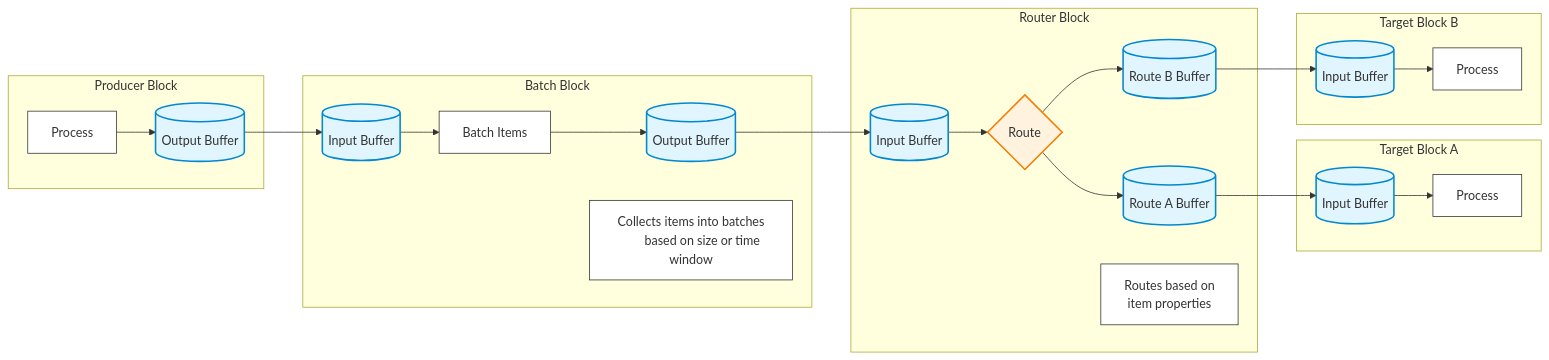
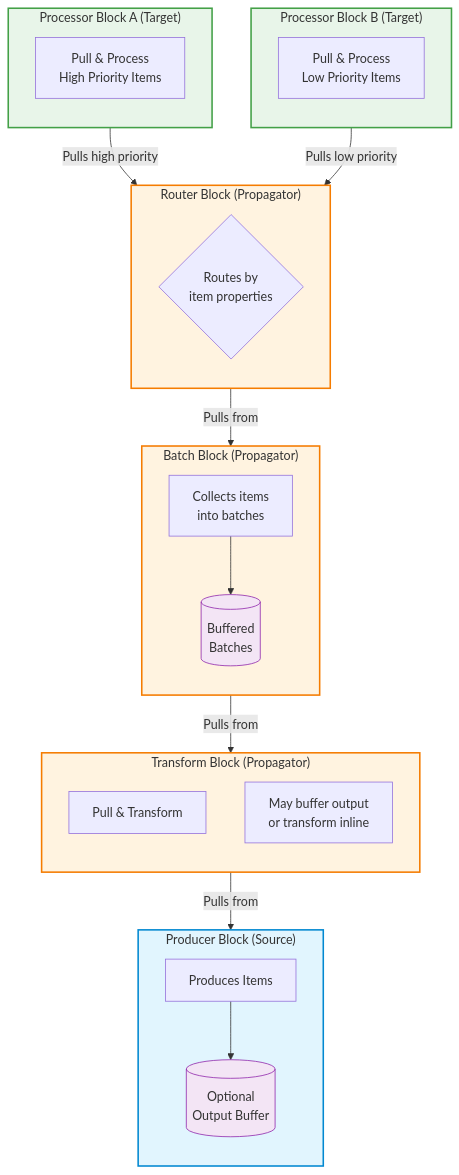
One commit to dazinator/DataFlow changed the diagram in README.md. Above: the diagram before and after it, drawn with Mermaid. The commit also changed other lines of this file, not shown here.

Commit message:
Update README diagram to accurately reflect pull-based architecture

````diff
--- a/README.md
+++ b/README.md
@@ -18,56 +18,55 @@
 ```mermaid
-flowchart LR
-    subgraph Producer["Producer Block"]
-        P_Process["Process"]
-        P_Buffer[("Output Buffer")]
-        P_Process --> P_Buffer
+flowchart TB
+    subgraph Producer["Producer Block (Source)"]
+        direction TB
+        P_Produce["Produces Items"]
+        P_Buffer[("Optional<br/>Output Buffer")]
+        P_Produce --> P_Buffer
     end
 
-    subgraph Batch["Batch Block"]
-        B_Buffer_In[("Input Buffer")]
-        B_Process["Batch Items"]
-        B_Buffer_Out[("Output Buffer")]
-        B_Buffer_In --> B_Process
-        B_Process --> B_Buffer_Out
-        note["Collects items into batches
-        based on size or time window"]
+    subgraph Transform["Transform Block (Propagator)"]
+        direction TB
+        T_Pull["Pull & Transform"]
+        T_Note["May buffer output<br/>or transform inline"]
     end
 
-    subgraph Router["Router Block"]
-        R_Buffer_In[("Input Buffer")]
-        R_Process{"Route"}
-        R_Buffer_A[("Route A Buffer")]
-        R_Buffer_B[("Route B Buffer")]
-        R_Buffer_In --> R_Process
-        R_Process --> R_Buffer_A
-        R_Process --> R_Buffer_B
-        note2["Routes based on
-        item properties"]
+    subgraph Batch["Batch Block (Propagator)"]
+        direction TB
+        B_Collect["Collects items<br/>into batches"]
+        B_Buffer[("Buffered<br/>Batches")]
+        B_Collect --> B_Buffer
     end
 
-    subgraph Target_A["Target Block A"]
-        TA_Buffer[("Input Buffer")]
-        TA_Process["Process"]
-        TA_Buffer --> TA_Process
+    subgraph Router["Router Block (Propagator)"]
+        direction TB
+        R_Route{"Routes by<br/>item properties"}
     end
 
-    subgraph Target_B["Target Block B"]
-        TB_Buffer[("Input Buffer")]
-        TB_Process["Process"]
-        TB_Buffer --> TB_Process
+    subgraph ProcessorA["Processor Block A (Target)"]
+        direction TB
+        PA_Pull["Pull & Process<br/>High Priority Items"]
     end
 
-    P_Buffer --> B_Buffer_In
-    B_Buffer_Out --> R_Buffer_In
-    R_Buffer_A --> TA_Buffer
-    R_Buffer_B --> TB_Buffer
+    subgraph ProcessorB["Processor Block B (Target)"]
+        direction TB
+        PB_Pull["Pull & Process<br/>Low Priority Items"]
+    end
 
-    %% Lighter colors with better contrast
-    classDef default fill:#fff,stroke:#333,stroke-width:1px
-    classDef buffer fill:#e1f5fe,stroke:#0288d1,stroke-width:2px
-    classDef process fill:#fff,stroke:#333,stroke-width:1px
-    classDef router fill:#fff3e0,stroke:#f57c00,stroke-width:2px
-    class P_Buffer,B_Buffer_In,B_Buffer_Out,R_Buffer_In,R_Buffer_A,R_Buffer_B,TA_Buffer,TB_Buffer buffer
-    class P_Process,B_Process,TA_Process,TB_Process process
-    class R_Process router
+    %% Data flow connections (pull-based)
+    Transform -->|Pulls from| Producer
+    Batch -->|Pulls from| Transform
+    Router -->|Pulls from| Batch
+    ProcessorA -->|Pulls high priority| Router
+    ProcessorB -->|Pulls low priority| Router
+
+    %% Styling
+    classDef source fill:#e1f5fe,stroke:#0288d1,stroke-width:2px
+    classDef propagator fill:#fff3e0,stroke:#f57c00,stroke-width:2px
+    classDef target fill:#e8f5e9,stroke:#43a047,stroke-width:2px
+    classDef buffer fill:#f3e5f5,stroke:#8e24aa,stroke-width:1px
+    
+    class Producer source
+    class Transform,Batch,Router propagator
+    class ProcessorA,ProcessorB target
+    class P_Buffer,B_Buffer buffer
 ```
````
